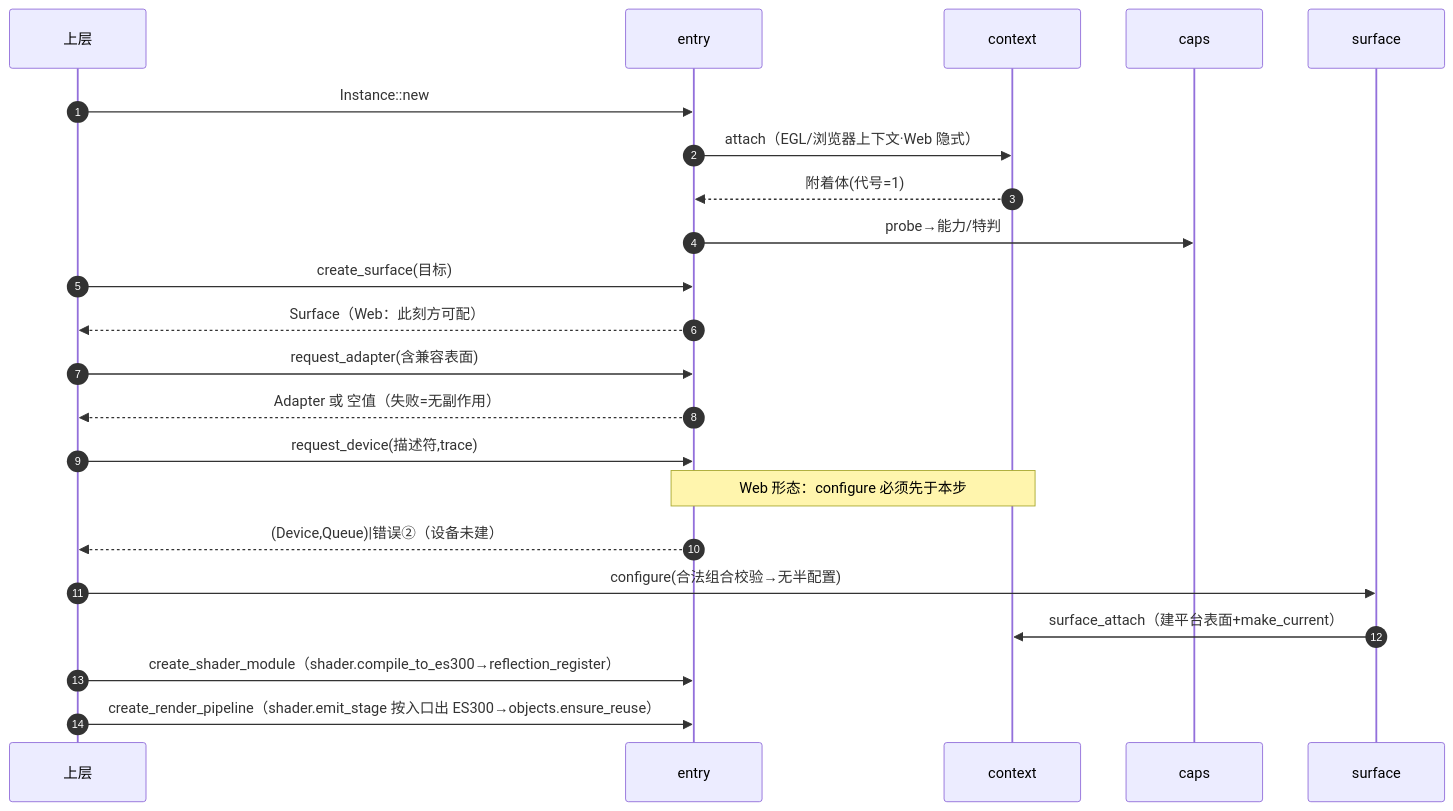
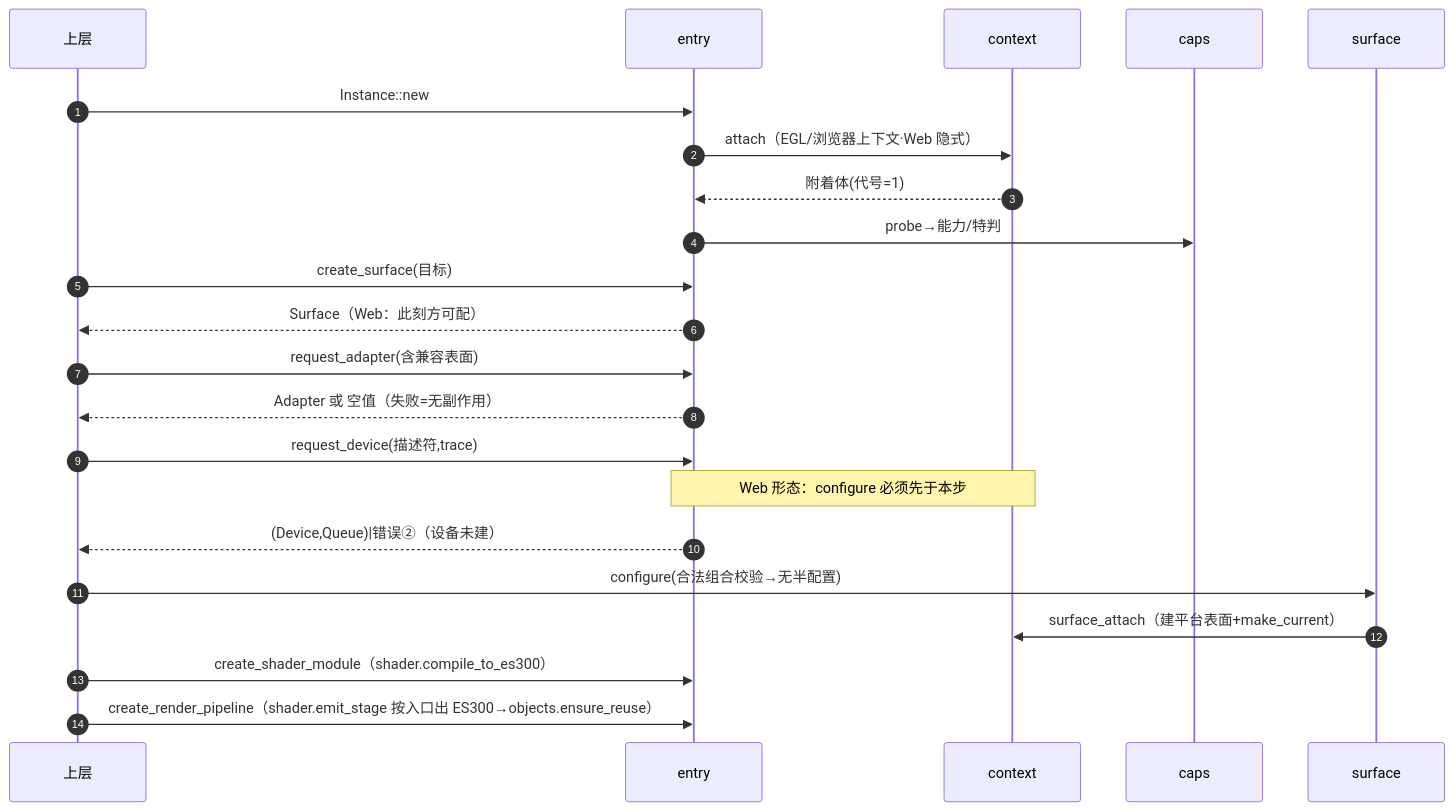
Before and after one commit to GaiaWorld/pi_wgpu: the first of 2 diagrams in design/pi-wgpu-rebuild/07-design/call-chain.md, drawn with Mermaid. The commit also changed other lines of this file and 11 other files, not shown here.

````diff
--- a/design/pi-wgpu-rebuild/07-design/call-chain.md
+++ b/design/pi-wgpu-rebuild/07-design/call-chain.md
@@ -25,24 +25,24 @@
 ```mermaid
 sequenceDiagram
     autonumber
     participant U as 上层
     participant E as entry
     participant C as context
     participant P as caps
     participant S as surface
     U->>E: Instance::new
     E->>C: attach（EGL/浏览器上下文·Web 隐式）
     C-->>E: 附着体(代号=1)
     E->>P: probe→能力/特判
     U->>E: create_surface(目标)
     E-->>U: Surface（Web：此刻方可配）
     U->>E: request_adapter(含兼容表面)
     E-->>U: Adapter 或 空值（失败=无副作用）
     U->>E: request_device(描述符,trace)
     Note over E,C: Web 形态：configure 必须先于本步
     E-->>U: (Device,Queue)|错误②（设备未建）
     U->>S: configure(合法组合校验→无半配置)
     S->>C: surface_attach（建平台表面+make_current）
-    U->>E: create_shader_module（shader.compile_to_es300→reflection_register）
+    U->>E: create_shader_module（shader.compile_to_es300）
     U->>E: create_render_pipeline（shader.emit_stage 按入口出 ES300→objects.ensure_reuse）
 ```
````
